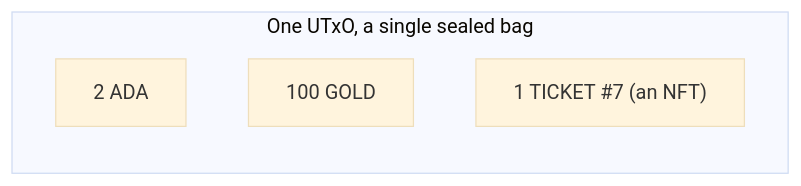
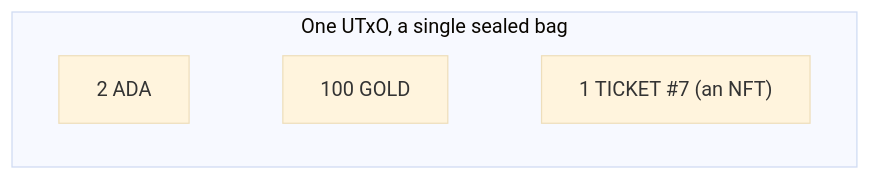
The diagram in docs/developers/onboarding/lectures/beginner/5-tokens-fungible-and-nfts.md (cardano-foundation/developer-portal), drawn with Mermaid (base theme) before and after one commit. The commit also changed other lines of this file and 4 other files, not shown here.

Commit message:
Tighten the beginner lectures and make the diagrams theme-safe

````diff
--- a/docs/developers/onboarding/lectures/beginner/5-tokens-fungible-and-nfts.md
+++ b/docs/developers/onboarding/lectures/beginner/5-tokens-fungible-and-nfts.md
@@ -21,9 +21,7 @@
 ```mermaid
 flowchart TB
     subgraph Bag["One UTxO, a single sealed bag"]
-        direction TB
-        A["2 ADA"]
-        G["100 GOLD"]
-        N["1 TICKET #7 (an NFT)"]
+        direction LR
+        A["2 ADA"] ~~~ G["100 GOLD"] ~~~ N["1 TICKET #7 (an NFT)"]
     end
 ```
````
